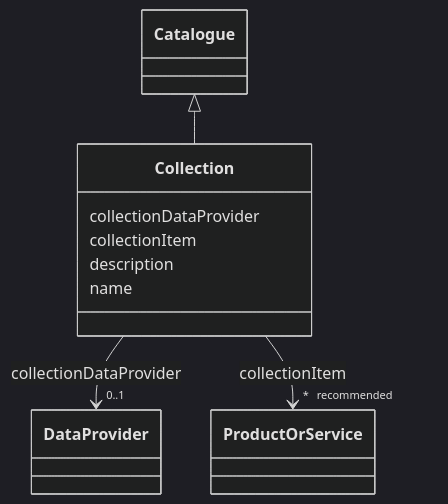
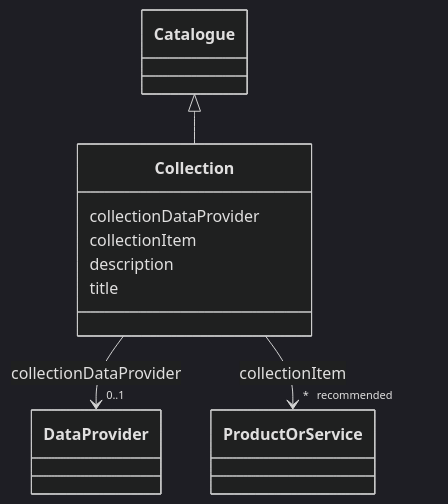
Before and after one commit to EVORA-project/evora-ontology: the diagram in models/docs/Collection.md, drawn with Mermaid (dark theme). The commit also changed other lines of this file and 435 other files, not shown here.

````diff
--- a/models/docs/Collection.md
+++ b/models/docs/Collection.md
@@ -19,31 +19,31 @@
 ```mermaid
  classDiagram
     class Collection
     click Collection href "../Collection"
       Catalogue <|-- Collection
         click Catalogue href "../Catalogue"
       
       Collection : collectionDataProvider
         
           
     
     
     Collection --> "0..1" DataProvider : collectionDataProvider
     click DataProvider href "../DataProvider"
 
         
       Collection : collectionItem
         
           
     
     
     Collection --> "* _recommended_" ProductOrService : collectionItem
     click ProductOrService href "../ProductOrService"
 
         
       Collection : description
         
-      Collection : name
+      Collection : title
         
       
 ```
````
